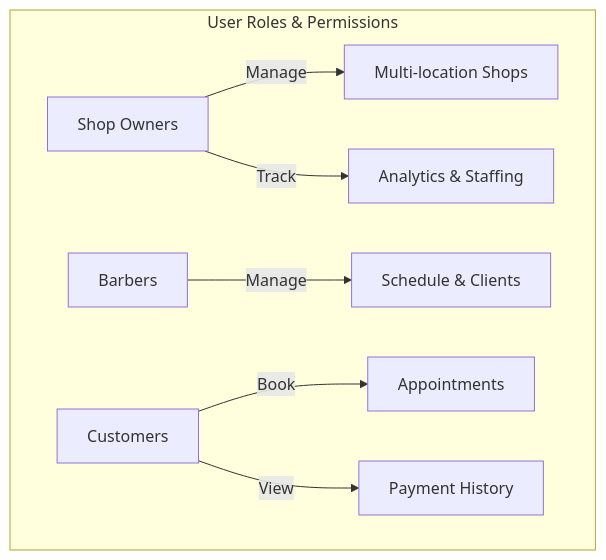
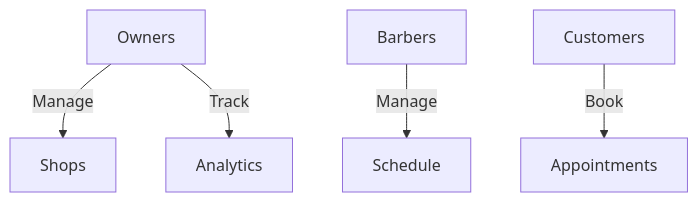
Before and after one commit to aharoJ/barbershop: the third of 5 diagrams in frontend/README.md, drawn with Mermaid. The commit also changed other lines of this file and 2 other files, not shown here.

````diff
--- a/frontend/README.md
+++ b/frontend/README.md
@@ -102,12 +97,7 @@
 ```mermaid
 graph TD
-  subgraph "User Roles & Permissions"
-    A[Shop Owners] -->|Manage| B[Multi-location Shops]
-    A -->|Track| C[Analytics & Staffing]
-
-    D[Barbers] -->|Manage| E[Schedule & Clients]
-    
-    F[Customers] -->|Book| G[Appointments]
-    F -->|View| H[Payment History]
-  end
+  Owners -->|Manage| Shops
+  Owners -->|Track| Analytics
+  Barbers -->|Manage| Schedule
+  Customers -->|Book| Appointments
 ```
````
